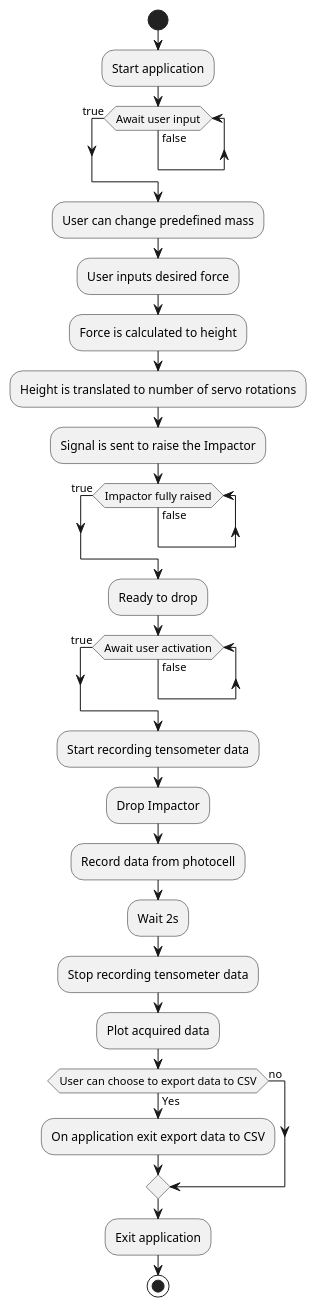
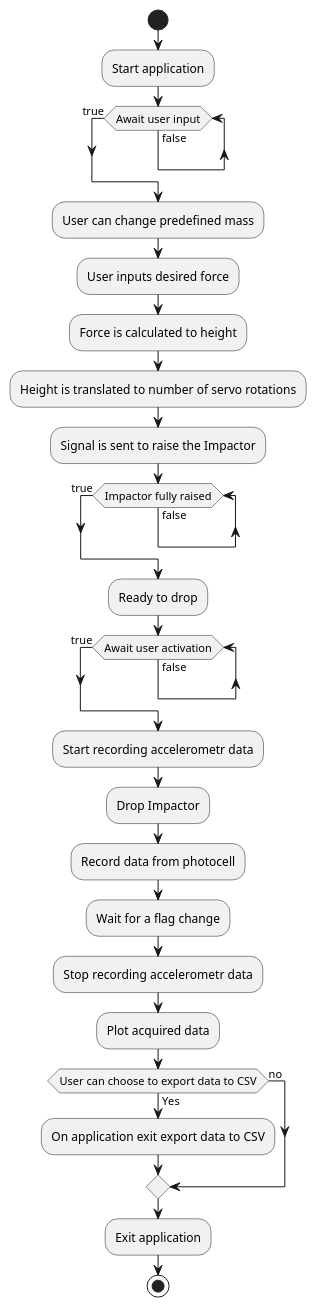
One commit to OlaffoJaszczur/Test_rig_for_impact changed the diagram in flow_chart.puml. Above: the diagram before and after it, drawn with PlantUML. The commit also changed 3 other files, not shown here.

```diff
--- a/flow_chart.puml
+++ b/flow_chart.puml
@@ -1,64 +1,64 @@
 @startuml
 'https://plantuml.com/activity-diagram-beta
 
 /'start
 :ClickServlet.handleRequest();
 :new page;
 if (Page.onSecurityCheck) then (true)
   :Page.onInit();
   if (isForward?) then (no)
     :Process controls;
     if (continue processing?) then (no)
       stop
     endif
 
     if (isPost?) then (yes)
       :Page.onPost();
     else (no)
       :Page.onGet();
     endif
     :Page.onRender();
   endif
 else (false)
 endif
 
 if (do redirect?) then (yes)
   :redirect process;
 else
   if (do forward?) then (yes)
     :Forward request;
   else (no)
     :Render page template;
   endif
 endif
 
 stop'/
 
 start
 :Start application;
 while (Await user input) is (false)
 endwhile (true)
 :User can change predefined mass;
 :User inputs desired force;
 :Force is calculated to height;
 :Height is translated to number of servo rotations;
 :Signal is sent to raise the Impactor;
 while (Impactor fully raised) is (false)
 endwhile (true)
 :Ready to drop;
 while (Await user activation) is (false)
 endwhile (true)
-:Start recording tensometer data;
+:Start recording accelerometr data;
 :Drop Impactor;
 :Record data from photocell;
-:Wait 2s;
-:Stop recording tensometer data;
+:Wait for a flag change;
+:Stop recording accelerometr data;
 :Plot acquired data;
 if (User can choose to export data to CSV) then (Yes)
 :On application exit export data to CSV;
 else (no)
 endif
 :Exit application;
 stop
 
 @enduml
```
